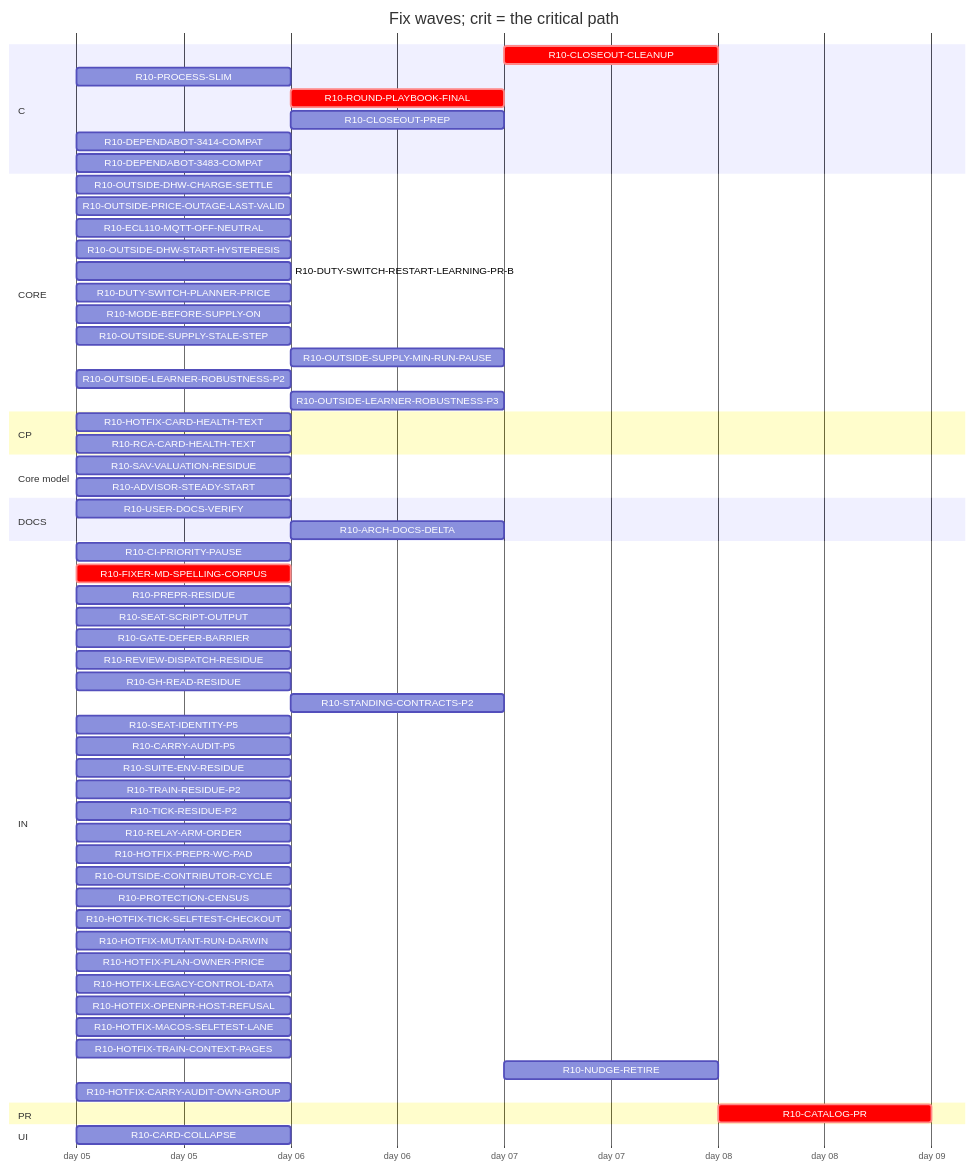
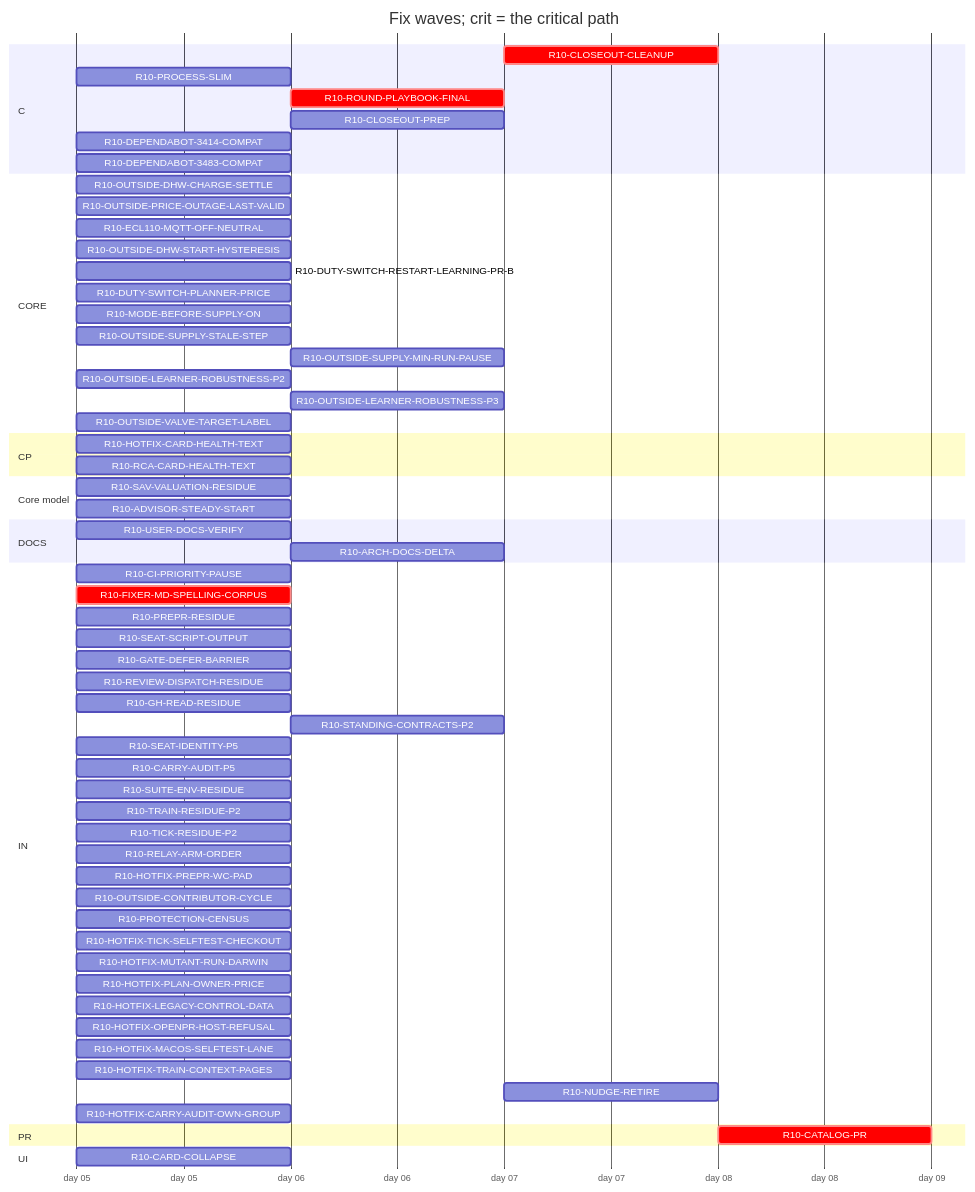
One commit to tvofi/heatpump_optimizer changed the diagram in handoff/round10/state/PLAN-TABLE.md. Above: the diagram before and after it, drawn with Mermaid. The commit also changed other lines of this file and 4 other files, not shown here.

Commit message:
state: FLOW-BOARD.md, NEXT-SESSION-PROMPT.md, PLAN-TABLE.md, PLAN.html, RESUME-CURRENT.md regenerated (state_docs.py)

````diff
--- a/handoff/round10/state/PLAN-TABLE.md
+++ b/handoff/round10/state/PLAN-TABLE.md
@@ -21,65 +21,66 @@
 ```mermaid
 gantt
   title Fix waves; crit = the critical path
   dateFormat YYYY-MM-DD
   axisFormat day %d
   section C
     R10-CLOSEOUT-CLEANUP :crit, r10CLOSEOUTCLEANUP, after r10USERDOCSVERIFY r10ROUNDPLAYBOOKFINAL r10CLOSEOUTPREP r10ARCHDOCSDELTA, 1d
     R10-PROCESS-SLIM :r10PROCESSSLIM, 2026-01-05, 1d
     R10-ROUND-PLAYBOOK-FINAL :crit, r10ROUNDPLAYBOOKFINAL, after r10FIXERMDSPELLINGCORPUS, 1d
     R10-CLOSEOUT-PREP :r10CLOSEOUTPREP, after r10FIXERMDSPELLINGCORPUS, 1d
     R10-DEPENDABOT-3414-COMPAT :r10DEPENDABOT3414COMPAT, 2026-01-05, 1d
     R10-DEPENDABOT-3483-COMPAT :r10DEPENDABOT3483COMPAT, 2026-01-05, 1d
   section CORE
     R10-OUTSIDE-DHW-CHARGE-SETTLE :r10OUTSIDEDHWCHARGESETTLE, 2026-01-05, 1d
     R10-OUTSIDE-PRICE-OUTAGE-LAST-VALID :r10OUTSIDEPRICEOUTAGELASTVALID, 2026-01-05, 1d
     R10-ECL110-MQTT-OFF-NEUTRAL :r10ECL110MQTTOFFNEUTRAL, 2026-01-05, 1d
     R10-OUTSIDE-DHW-START-HYSTERESIS :r10OUTSIDEDHWSTARTHYSTERESIS, 2026-01-05, 1d
     R10-DUTY-SWITCH-RESTART-LEARNING-PR-B :r10DUTYSWITCHRESTARTLEARNINGPRB, 2026-01-05, 1d
     R10-DUTY-SWITCH-PLANNER-PRICE :r10DUTYSWITCHPLANNERPRICE, 2026-01-05, 1d
     R10-MODE-BEFORE-SUPPLY-ON :r10MODEBEFORESUPPLYON, 2026-01-05, 1d
     R10-OUTSIDE-SUPPLY-STALE-STEP :r10OUTSIDESUPPLYSTALESTEP, 2026-01-05, 1d
     R10-OUTSIDE-SUPPLY-MIN-RUN-PAUSE :r10OUTSIDESUPPLYMINRUNPAUSE, after r10OUTSIDESUPPLYSTALESTEP, 1d
     R10-OUTSIDE-LEARNER-ROBUSTNESS-P2 :r10OUTSIDELEARNERROBUSTNESSP2, 2026-01-05, 1d
     R10-OUTSIDE-LEARNER-ROBUSTNESS-P3 :r10OUTSIDELEARNERROBUSTNESSP3, after r10OUTSIDELEARNERROBUSTNESSP2, 1d
+    R10-OUTSIDE-VALVE-TARGET-LABEL :r10OUTSIDEVALVETARGETLABEL, 2026-01-05, 1d
   section CP
     R10-HOTFIX-CARD-HEALTH-TEXT :r10HOTFIXCARDHEALTHTEXT, 2026-01-05, 1d
     R10-RCA-CARD-HEALTH-TEXT :r10RCACARDHEALTHTEXT, 2026-01-05, 1d
   section Core model
     R10-SAV-VALUATION-RESIDUE :r10SAVVALUATIONRESIDUE, 2026-01-05, 1d
     R10-ADVISOR-STEADY-START :r10ADVISORSTEADYSTART, 2026-01-05, 1d
   section DOCS
     R10-USER-DOCS-VERIFY :r10USERDOCSVERIFY, 2026-01-05, 1d
     R10-ARCH-DOCS-DELTA :r10ARCHDOCSDELTA, after r10SAVVALUATIONRESIDUE r10ADVISORSTEADYSTART r10PROCESSSLIM, 1d
   section IN
     R10-CI-PRIORITY-PAUSE :r10CIPRIORITYPAUSE, 2026-01-05, 1d
     R10-FIXER-MD-SPELLING-CORPUS :crit, r10FIXERMDSPELLINGCORPUS, 2026-01-05, 1d
     R10-PREPR-RESIDUE :r10PREPRRESIDUE, 2026-01-05, 1d
     R10-SEAT-SCRIPT-OUTPUT :r10SEATSCRIPTOUTPUT, 2026-01-05, 1d
     R10-GATE-DEFER-BARRIER :r10GATEDEFERBARRIER, 2026-01-05, 1d
     R10-REVIEW-DISPATCH-RESIDUE :r10REVIEWDISPATCHRESIDUE, 2026-01-05, 1d
     R10-GH-READ-RESIDUE :r10GHREADRESIDUE, 2026-01-05, 1d
     R10-STANDING-CONTRACTS-P2 :r10STANDINGCONTRACTSP2, after r10FIXERMDSPELLINGCORPUS, 1d
     R10-SEAT-IDENTITY-P5 :r10SEATIDENTITYP5, 2026-01-05, 1d
     R10-CARRY-AUDIT-P5 :r10CARRYAUDITP5, 2026-01-05, 1d
     R10-SUITE-ENV-RESIDUE :r10SUITEENVRESIDUE, 2026-01-05, 1d
     R10-TRAIN-RESIDUE-P2 :r10TRAINRESIDUEP2, 2026-01-05, 1d
     R10-TICK-RESIDUE-P2 :r10TICKRESIDUEP2, 2026-01-05, 1d
     R10-RELAY-ARM-ORDER :r10RELAYARMORDER, 2026-01-05, 1d
     R10-HOTFIX-PREPR-WC-PAD :r10HOTFIXPREPRWCPAD, 2026-01-05, 1d
     R10-OUTSIDE-CONTRIBUTOR-CYCLE :r10OUTSIDECONTRIBUTORCYCLE, 2026-01-05, 1d
     R10-PROTECTION-CENSUS :r10PROTECTIONCENSUS, 2026-01-05, 1d
     R10-HOTFIX-TICK-SELFTEST-CHECKOUT :r10HOTFIXTICKSELFTESTCHECKOUT, 2026-01-05, 1d
     R10-HOTFIX-MUTANT-RUN-DARWIN :r10HOTFIXMUTANTRUNDARWIN, 2026-01-05, 1d
     R10-HOTFIX-PLAN-OWNER-PRICE :r10HOTFIXPLANOWNERPRICE, 2026-01-05, 1d
     R10-HOTFIX-LEGACY-CONTROL-DATA :r10HOTFIXLEGACYCONTROLDATA, 2026-01-05, 1d
     R10-HOTFIX-OPENPR-HOST-REFUSAL :r10HOTFIXOPENPRHOSTREFUSAL, 2026-01-05, 1d
     R10-HOTFIX-MACOS-SELFTEST-LANE :r10HOTFIXMACOSSELFTESTLANE, 2026-01-05, 1d
     R10-HOTFIX-TRAIN-CONTEXT-PAGES :r10HOTFIXTRAINCONTEXTPAGES, 2026-01-05, 1d
     R10-NUDGE-RETIRE :r10NUDGERETIRE, after r10ROUNDPLAYBOOKFINAL, 1d
     R10-HOTFIX-CARRY-AUDIT-OWN-GROUP :r10HOTFIXCARRYAUDITOWNGROUP, 2026-01-05, 1d
   section PR
     R10-CATALOG-PR :crit, r10CATALOGPR, after r10USERDOCSVERIFY r10ROUNDPLAYBOOKFINAL r10CLOSEOUTCLEANUP r10CLOSEOUTPREP r10ARCHDOCSDELTA, 1d
   section UI
     R10-CARD-COLLAPSE :r10CARDCOLLAPSE, 2026-01-05, 1d
 ```
````
